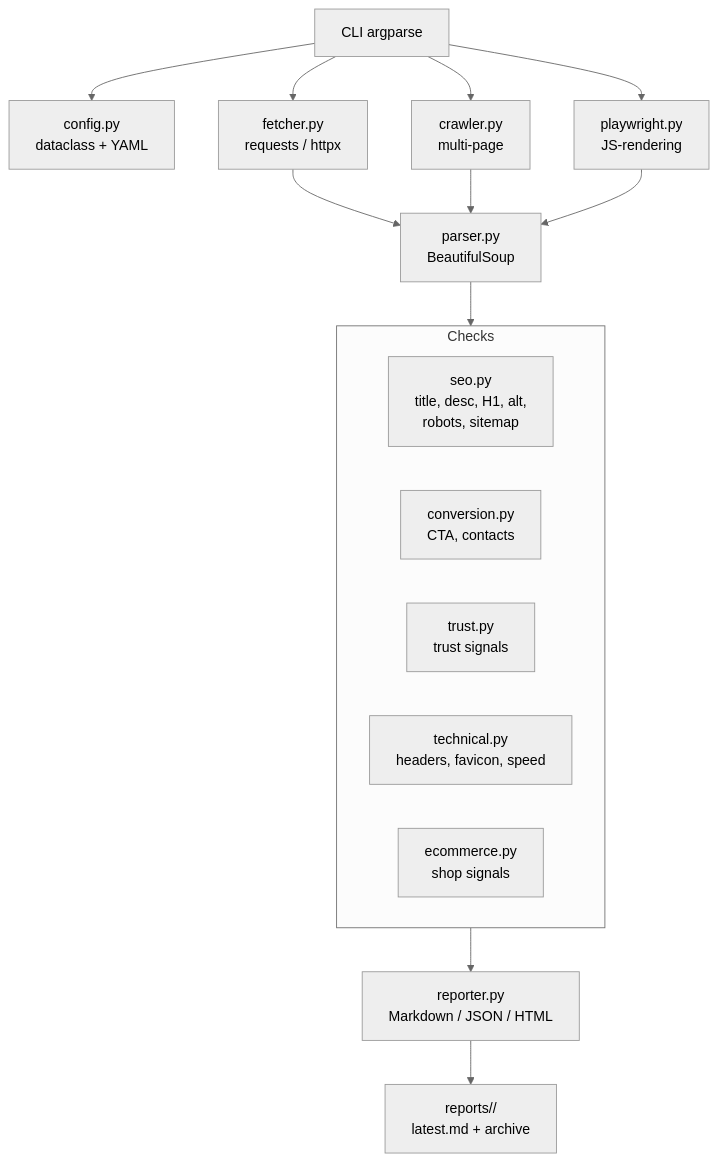
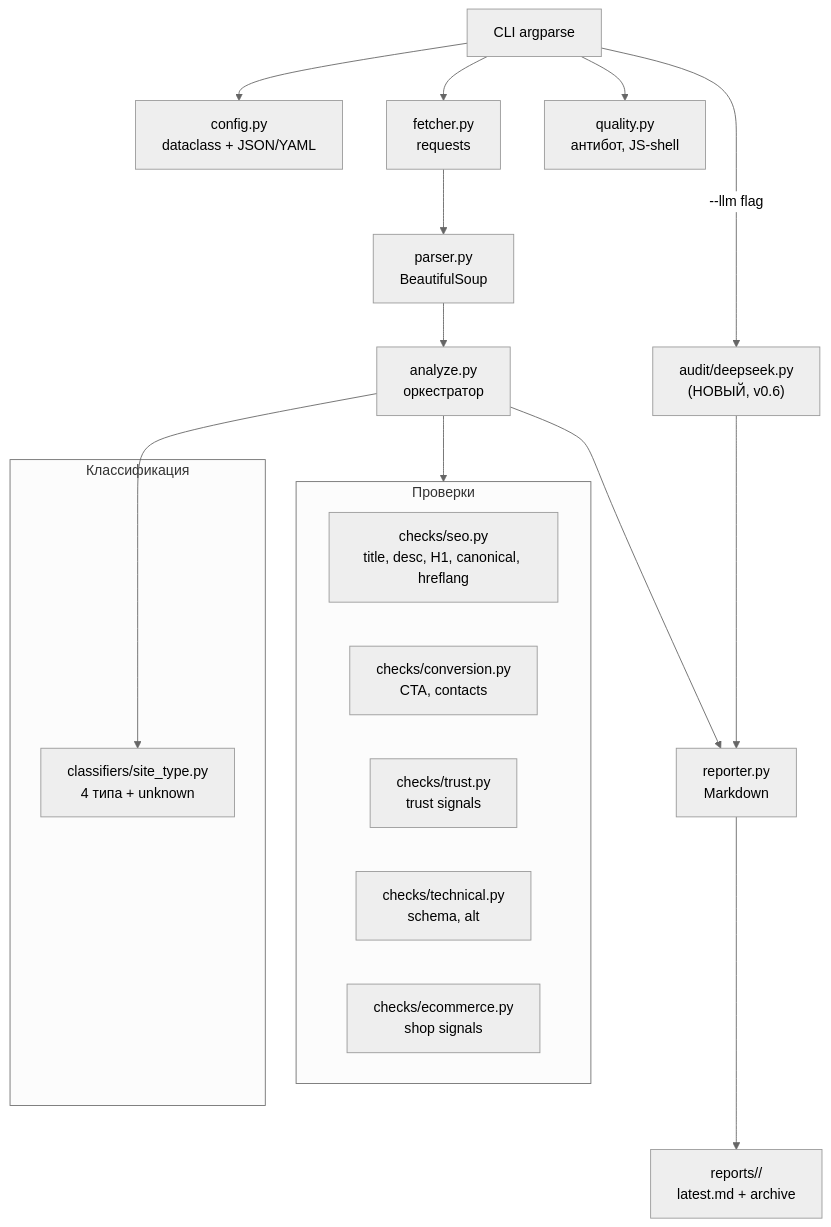
The diagram in plans/roadmap-v1.md (Smilepliz/ai-audit-agent), drawn with Mermaid (neutral theme) before and after one commit. The commit also changed other lines of this file and 3 other files, not shown here.

Commit message:
docs: update project context and roadmap for v0.6

````diff
--- a/plans/roadmap-v1.md
+++ b/plans/roadmap-v1.md
@@ -303,24 +237,31 @@
 ```mermaid
 flowchart TD
-    CLI["CLI argparse"] --> Config["config.py<br/>dataclass + YAML"]
-    CLI --> Fetcher["fetcher.py<br/>requests / httpx"]
-    CLI --> Crawler["crawler.py<br/>multi-page"]
-    CLI --> Playwright["playwright.py<br/>JS-rendering"]
+    CLI["CLI argparse"] --> Config["config.py<br/>dataclass + JSON/YAML"]
+    CLI --> Fetcher["fetcher.py<br/>requests"]
+    CLI --> Quality["quality.py<br/>антибот, JS-shell"]
 
     Fetcher --> Parser["parser.py<br/>BeautifulSoup"]
-    Crawler --> Parser
-    Playwright --> Parser
 
-    Parser --> Checks["checks/<br/>registry of BaseCheck"]
+    Parser --> Analyze["analyze.py<br/>оркестратор"]
 
-    subgraph Checks ["Checks"]
-        SEO["seo.py<br/>title, desc, H1, alt,<br/>robots, sitemap"]
-        Conversion["conversion.py<br/>CTA, contacts"]
-        Trust["trust.py<br/>trust signals"]
-        Technical["technical.py<br/>headers, favicon, speed"]
-        Ecommerce["ecommerce.py<br/>shop signals"]
+    subgraph Checks ["Проверки"]
+        SEO["checks/seo.py<br/>title, desc, H1, canonical, hreflang"]
+        Conversion["checks/conversion.py<br/>CTA, contacts"]
+        Trust["checks/trust.py<br/>trust signals"]
+        Technical["checks/technical.py<br/>schema, alt"]
+        Ecommerce["checks/ecommerce.py<br/>shop signals"]
     end
 
-    Checks --> Reporter["reporter.py<br/>Markdown / JSON / HTML"]
+    subgraph Classifiers ["Классификация"]
+        SiteType["classifiers/site_type.py<br/>4 типа + unknown"]
+    end
+
+    Analyze --> Checks
+    Analyze --> SiteType
+    Analyze --> Reporter["reporter.py<br/>Markdown"]
+
+    CLI -- "--llm flag" --> DeepSeek["audit/deepseek.py<br/>(НОВЫЙ, v0.6)"]
+    DeepSeek --> Reporter
+
     Reporter --> Output["reports/<domain>/<br/>latest.md + archive"]
 ```
````
